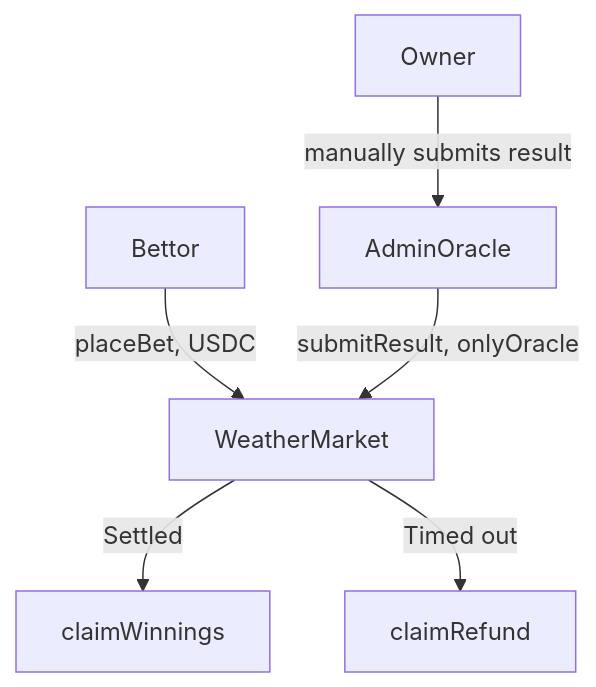
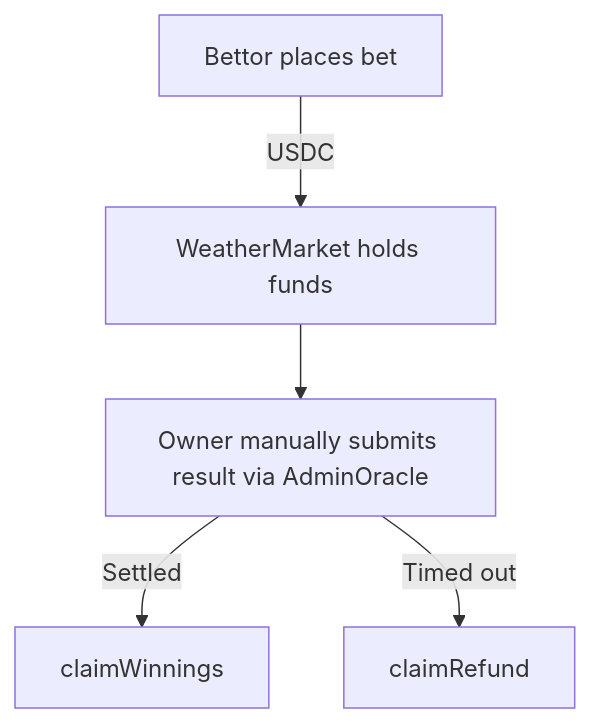
The diagram in README.md (pplmaverick/presage), drawn with Mermaid before and after one commit.

Commit message:
fix(docs): simplify README mermaid diagram to avoid GitHub render failure
The previous diagram converged 4 labeled edges on a single node
(WeatherMarket), which triggers a known GitHub/Mermaid dagre-layout bug
("Could not find a suitable point for the given dist") — confirmed by
screenshotting the rendered README on github.com. Restructured to a
strictly linear chain with a single branch point, verified locally with
@mermaid-js/mermaid-cli before pushing.

````diff
--- a/README.md
+++ b/README.md
@@ -57,8 +57,7 @@
 ```mermaid
 graph TD
-    A[Bettor] -->|placeBet, USDC| B[WeatherMarket]
-    C[Owner] -->|manually submits result| D[AdminOracle]
-    D -->|submitResult, onlyOracle| B
-    B -->|Settled| E[claimWinnings]
-    B -->|Timed out| F[claimRefund]
+    A[Bettor places bet] -->|USDC| B[WeatherMarket holds funds]
+    B --> C[Owner manually submits result via AdminOracle]
+    C -->|Settled| D[claimWinnings]
+    C -->|Timed out| E[claimRefund]
 ```
````
